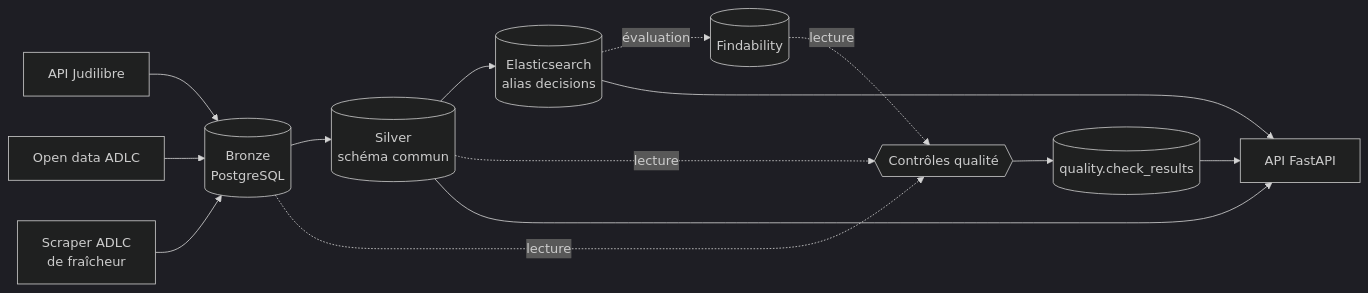
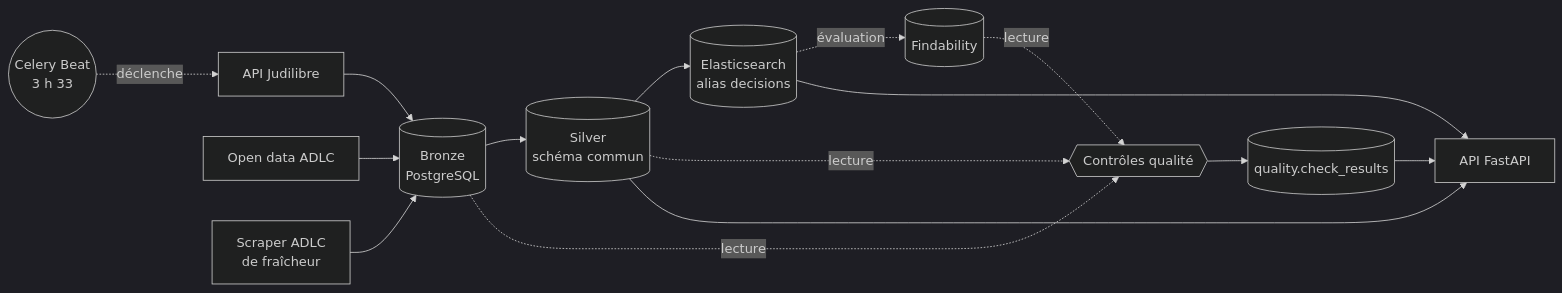
One commit to Maeva-RODRIGUES/legal-data-pipeline changed the diagram in README.md. Above: the diagram before and after it, drawn with Mermaid (dark theme). The commit also changed other lines of this file and 1 other file, not shown here.

````diff
--- a/README.md
+++ b/README.md
@@ -20,16 +21,17 @@
 ```mermaid
 flowchart LR
+    C((Celery Beat<br/>3 h 33)) -. déclenche .-> J
     J[API Judilibre] --> B[(Bronze<br/>PostgreSQL)]
     O[Open data ADLC] --> B
     W[Scraper ADLC<br/>de fraîcheur] --> B
     B --> S[(Silver<br/>schéma commun)]
     S --> E[(Elasticsearch<br/>alias decisions)]
     E -. évaluation .-> F[(Findability)]
     B -. lecture .-> Q{{Contrôles qualité}}
     S -. lecture .-> Q
     F -. lecture .-> Q
     Q --> R[(quality.check_results)]
     E --> A[API FastAPI]
     S --> A
     R --> A
 ```
````
